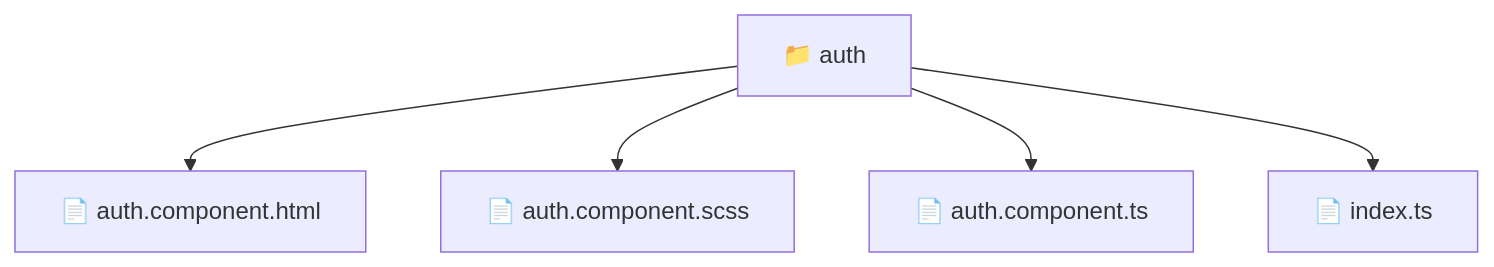
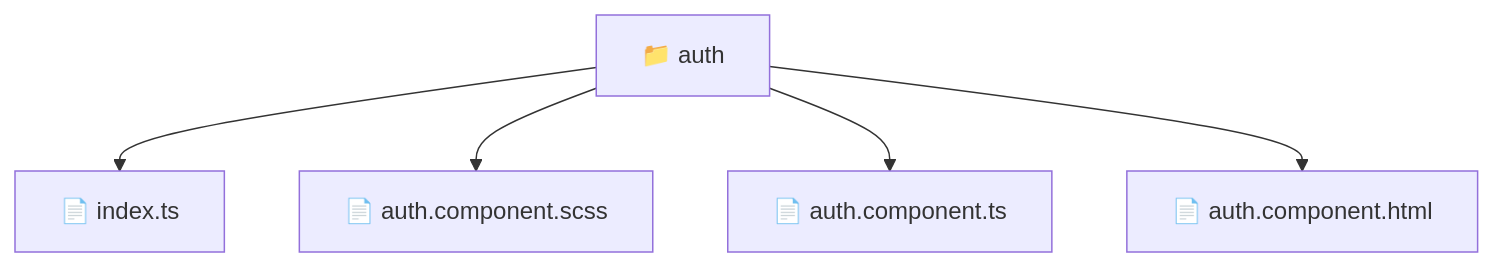
The diagram in frontend/src/pages/auth/README.md (beginwebdev2002/fullstack-mavluda), drawn with Mermaid before and after one commit. The commit also changed other lines of this file and 164 other files, not shown here.

First line of the commit message:
docs: generate robust autonomous architectural documentation

````diff
--- a/frontend/src/pages/auth/README.md
+++ b/frontend/src/pages/auth/README.md
@@ -11,8 +11,8 @@
 ```mermaid
 graph TD
-  Root["📁 auth"]
-  Root --> auth_component_html["📄 auth.component.html"]
-  Root --> auth_component_scss["📄 auth.component.scss"]
-  Root --> auth_component_ts["📄 auth.component.ts"]
-  Root --> index_ts["📄 index.ts"]
+    f_auth["📁 auth"]
+    f_auth --> f_index_ts["📄 index.ts"]
+    f_auth --> f_auth_component_scss["📄 auth.component.scss"]
+    f_auth --> f_auth_component_ts["📄 auth.component.ts"]
+    f_auth --> f_auth_component_html["📄 auth.component.html"]
 ```
````
